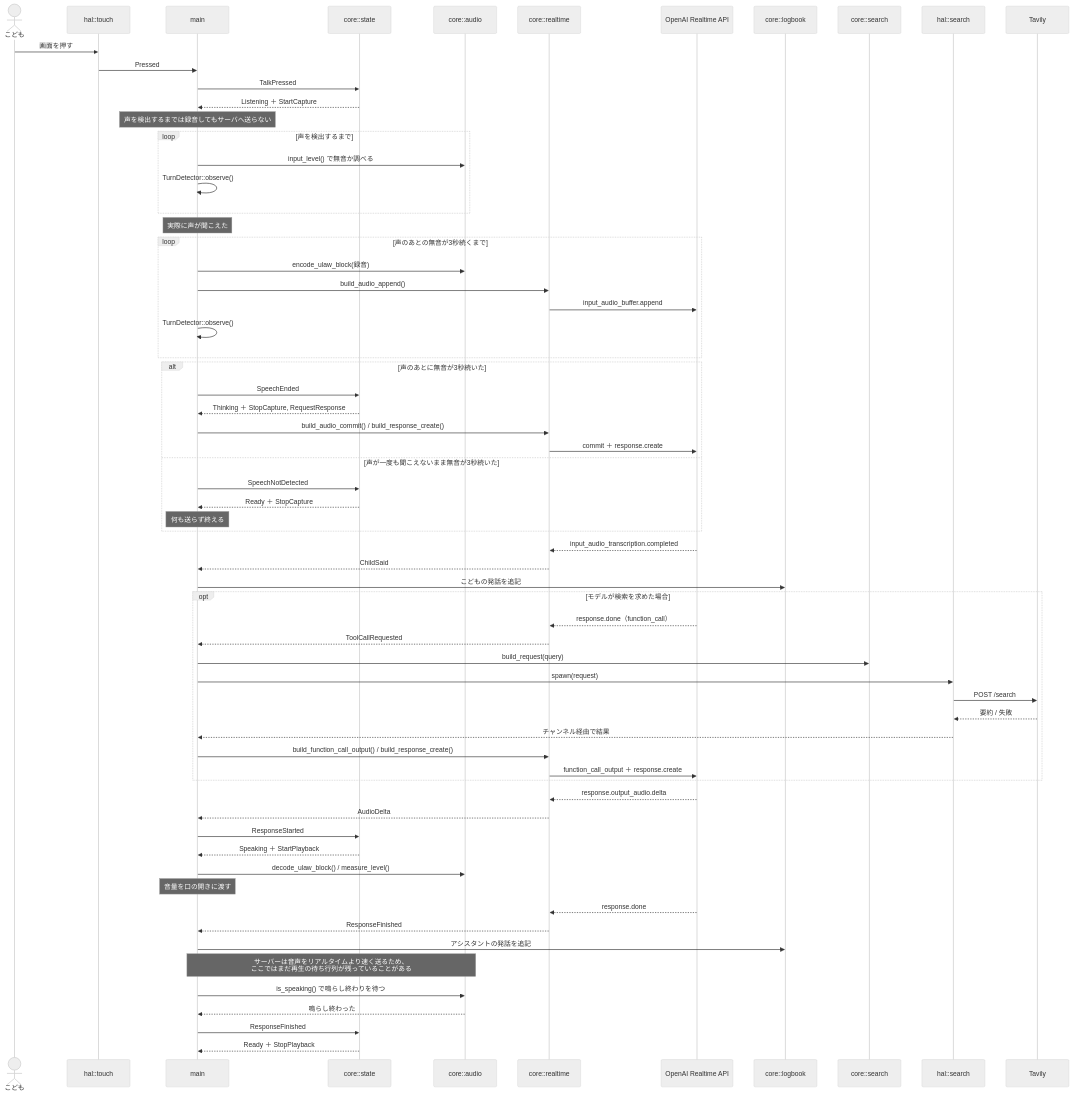
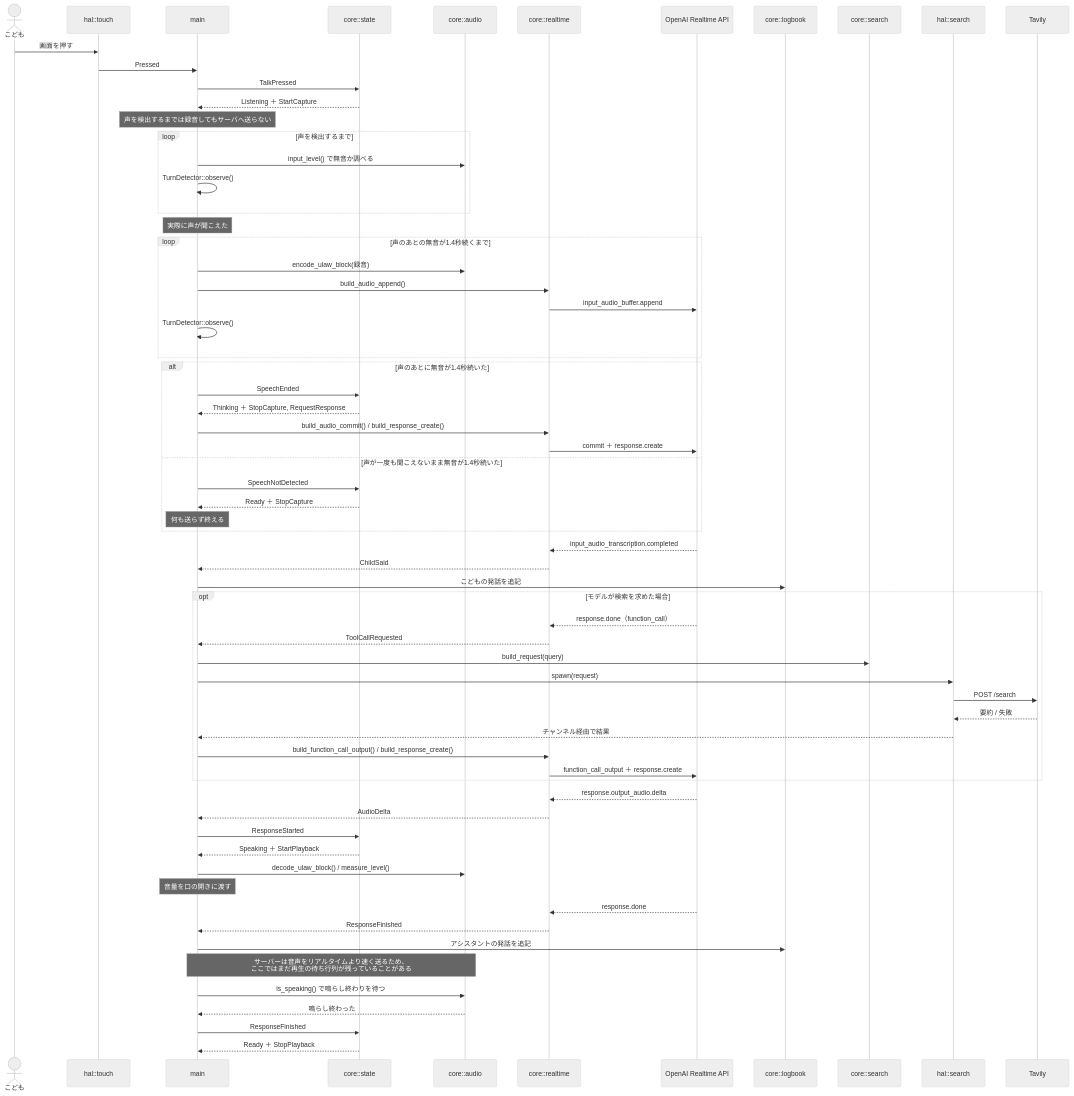
Before and after one commit to kibou-vision/m5a: the second of 3 diagrams in docs/design/conversation.md, drawn with Mermaid (neutral theme). The commit also changed 6 other files, not shown here.

````diff
--- a/docs/design/conversation.md
+++ b/docs/design/conversation.md
@@ -35,76 +35,76 @@
 ```mermaid
 sequenceDiagram
   actor Child as こども
   participant Touch as hal::touch
   participant Main as main
   participant State as core::state
   participant Audio as core::audio
   participant Proto as core::realtime
   participant API as OpenAI Realtime API
   participant Log as core::logbook
   participant Search as core::search
   participant HalSearch as hal::search
   participant Tavily as Tavily
 
   Child->>Touch: 画面を押す
   Touch->>Main: Pressed
   Main->>State: TalkPressed
   State-->>Main: Listening ＋ StartCapture
   Note over Main: 声を検出するまでは録音してもサーバへ送らない
 
   loop 声を検出するまで
     Main->>Audio: input_level() で無音か調べる
     Main->>Main: TurnDetector::observe()
   end
 
   Note over Main: 実際に声が聞こえた
-  loop 声のあとの無音が3秒続くまで
+  loop 声のあとの無音が1.4秒続くまで
     Main->>Audio: encode_ulaw_block(録音)
     Main->>Proto: build_audio_append()
     Proto->>API: input_audio_buffer.append
     Main->>Main: TurnDetector::observe()
   end
 
-  alt 声のあとに無音が3秒続いた
+  alt 声のあとに無音が1.4秒続いた
     Main->>State: SpeechEnded
     State-->>Main: Thinking ＋ StopCapture, RequestResponse
     Main->>Proto: build_audio_commit() / build_response_create()
     Proto->>API: commit ＋ response.create
-  else 声が一度も聞こえないまま無音が3秒続いた
+  else 声が一度も聞こえないまま無音が1.4秒続いた
     Main->>State: SpeechNotDetected
     State-->>Main: Ready ＋ StopCapture
     Note over Main: 何も送らず終える
   end
 
   API-->>Proto: input_audio_transcription.completed
   Proto-->>Main: ChildSaid
   Main->>Log: こどもの発話を追記
 
   opt モデルが検索を求めた場合
     API-->>Proto: response.done（function_call）
     Proto-->>Main: ToolCallRequested
     Main->>Search: build_request(query)
     Main->>HalSearch: spawn(request)
     HalSearch->>Tavily: POST /search
     Tavily-->>HalSearch: 要約 / 失敗
     HalSearch-->>Main: チャンネル経由で結果
     Main->>Proto: build_function_call_output() / build_response_create()
     Proto->>API: function_call_output ＋ response.create
   end
 
   API-->>Proto: response.output_audio.delta
   Proto-->>Main: AudioDelta
   Main->>State: ResponseStarted
   State-->>Main: Speaking ＋ StartPlayback
   Main->>Audio: decode_ulaw_block() / measure_level()
   Note over Main: 音量を口の開きに渡す
 
   API-->>Proto: response.done
   Proto-->>Main: ResponseFinished
   Main->>Log: アシスタントの発話を追記
   Note over Main,Audio: サーバーは音声をリアルタイムより速く送るため、<br/>ここではまだ再生の待ち行列が残っていることがある
   Main->>Audio: is_speaking() で鳴らし終わりを待つ
   Audio-->>Main: 鳴らし終わった
   Main->>State: ResponseFinished
   State-->>Main: Ready ＋ StopPlayback
 ```
````
